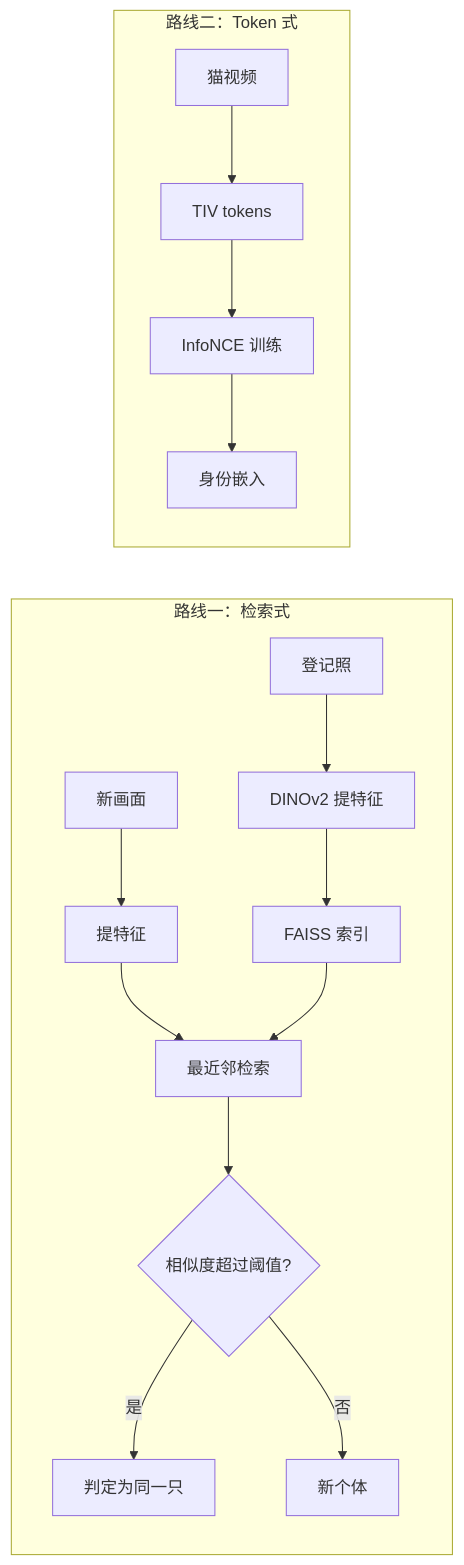
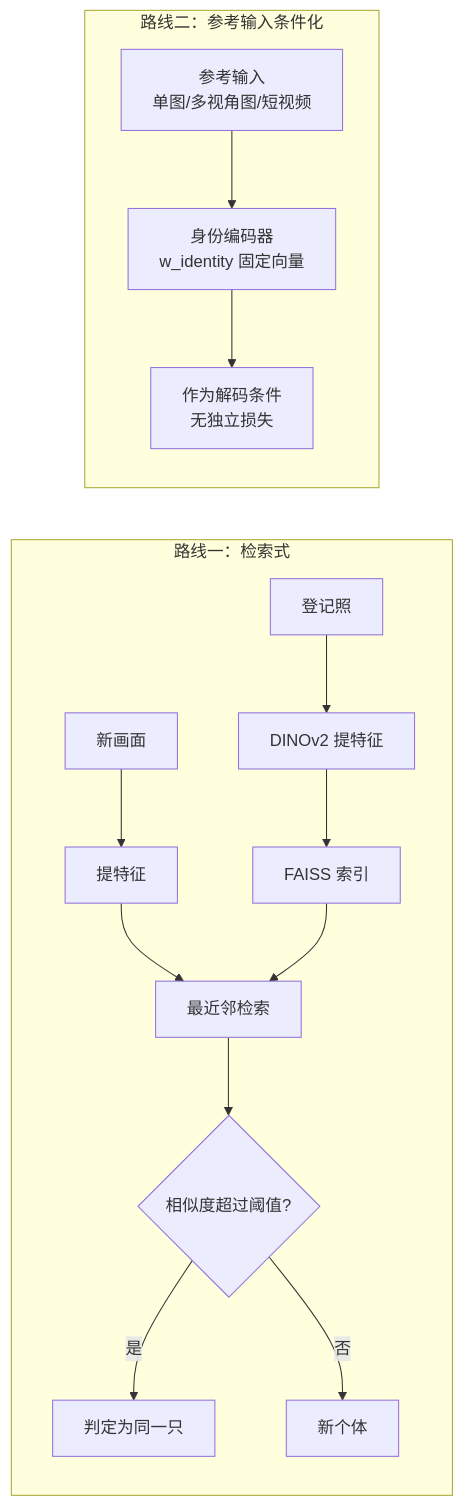
The fourth of 7 diagrams in management/docs/architecture.md (gongshangzheng/pet-action-recognition), drawn with Mermaid before and after one commit. The commit also changed other lines of this file and 5 other files, not shown here.

First line of the commit message:
design(identity): 架构主源转向 FLOAT，TivTok SIF 退出主线（整理为备档文档）

````diff
--- a/management/docs/architecture.md
+++ b/management/docs/architecture.md
@@ -191,15 +189,15 @@
 ```mermaid
 flowchart LR
     subgraph R1["路线一：检索式"]
         P1[登记照] --> P2[DINOv2 提特征] --> P3[FAISS 索引]
         P4[新画面] --> P5[提特征] --> P6[最近邻检索]
         P3 --> P6
         P6 --> P7{"相似度超过阈值?"}
         P7 -->|是| P8[判定为同一只]
         P7 -->|否| P9[新个体]
     end
-    subgraph R2["路线二：Token 式"]
-        Q1[猫视频] --> Q2[TIV tokens] --> Q3[InfoNCE 训练]
-        Q3 --> Q4[身份嵌入]
+    subgraph R2["路线二：参考输入条件化"]
+        Q1["参考输入<br/>单图/多视角图/短视频"] --> Q2["身份编码器<br/>w_identity 固定向量"]
+        Q2 --> Q3["作为解码条件<br/>无独立损失"]
     end
 ```
````
